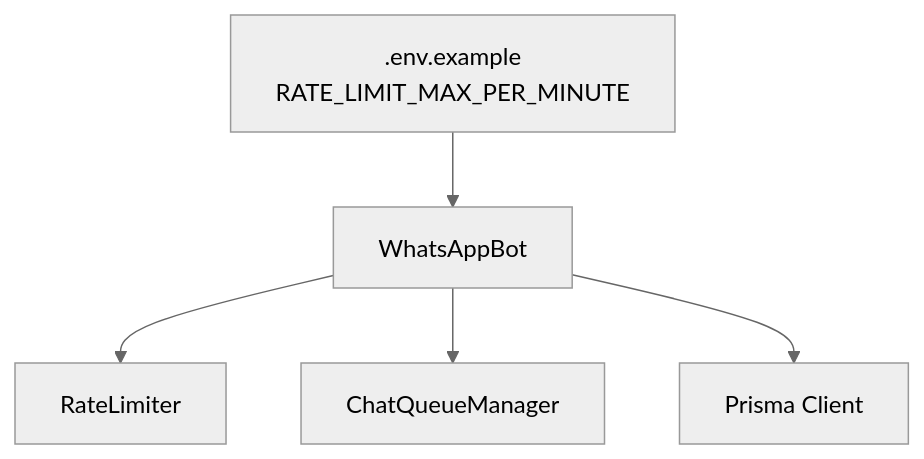
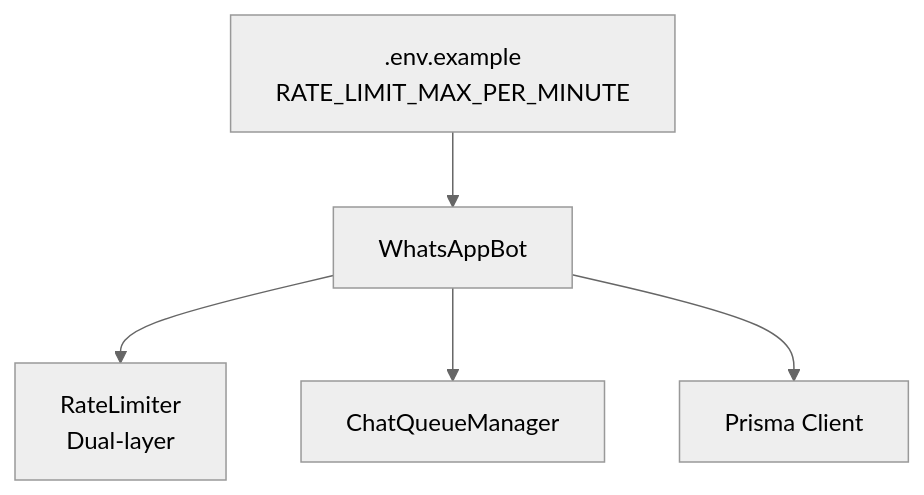
Before and after one commit to askchiwa-spec/FLOW-HQ-BOT: the sixth of 6 diagrams in .qoder/repowiki/en/content/Worker Utilities/Rate Limiting System.md, drawn with Mermaid (neutral theme). The commit also changed other lines of this file and 27 other files, not shown here.

````diff
--- a/.qoder/repowiki/en/content/Worker Utilities/Rate Limiting System.md
+++ b/.qoder/repowiki/en/content/Worker Utilities/Rate Limiting System.md
@@ -243,12 +283,12 @@
 ```mermaid
 graph TB
 ENV[".env.example<br/>RATE_LIMIT_MAX_PER_MINUTE"]
 BOT["WhatsAppBot"]
-RL["RateLimiter"]
+RL["RateLimiter<br/>Dual-layer"]
 CQ["ChatQueueManager"]
 DB["Prisma Client"]
 ENV --> BOT
 BOT --> RL
 BOT --> CQ
 BOT --> DB
 ```
````
